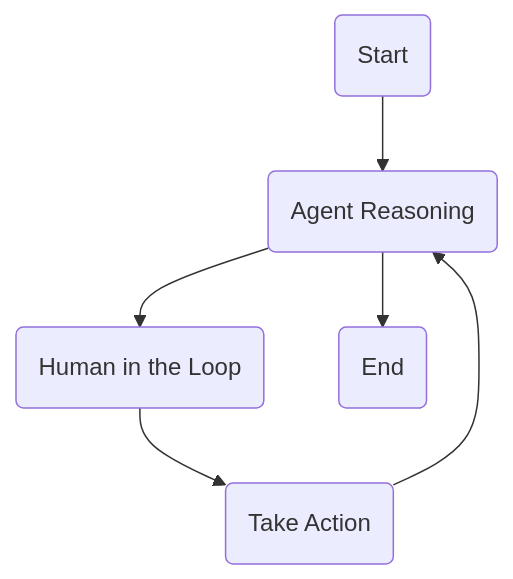
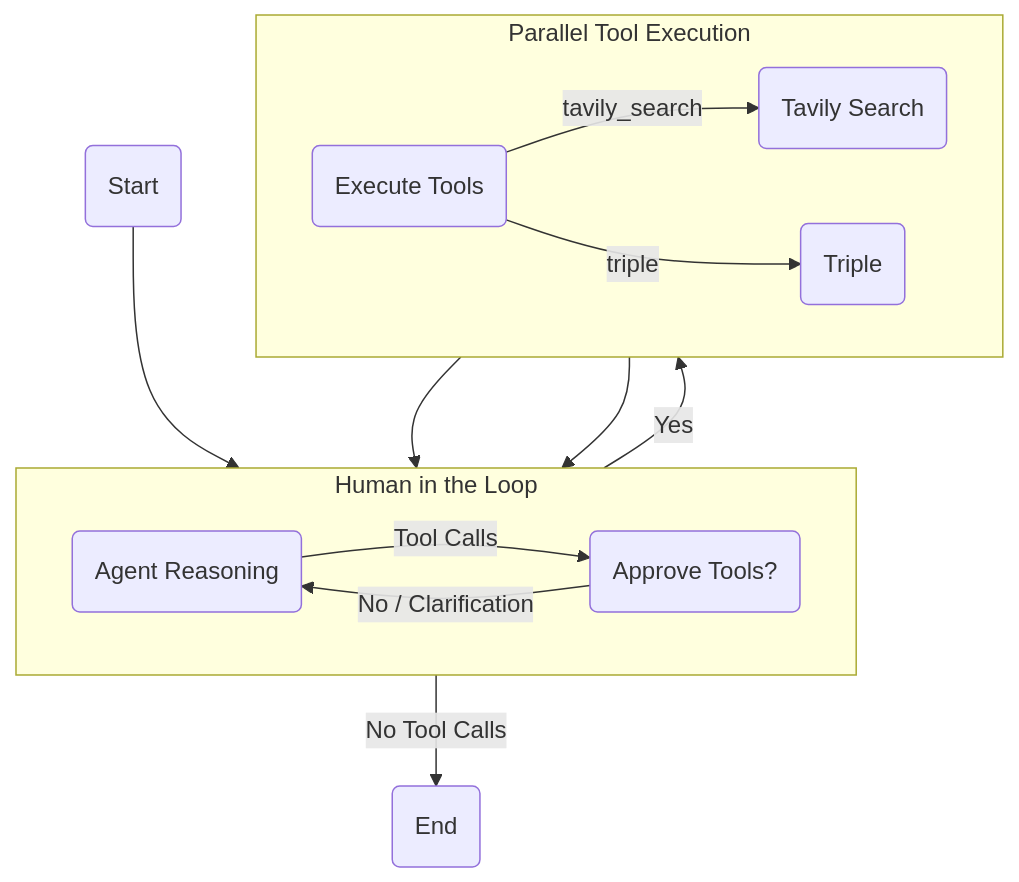
One commit to rosiefaulkner/agent-executor changed the diagram in README.md. Above: the diagram before and after it, drawn with Mermaid. The commit also changed other lines of this file, not shown here.

Commit message:
enhance project features and clarify the human-in-the-loop mechanism. Added details on parallel tool execution, persistent memory, and improved flowchart representation.

````diff
--- a/README.md
+++ b/README.md
@@ -5,8 +5,18 @@
 ```mermaid
 graph TD
     __start__("Start") --> agent_reason("Agent Reasoning")
-    agent_reason --> human_in_the_loop("Human in the Loop")
-    human_in_the_loop --> act("Take Action")
-    act --> agent_reason
-    agent_reason --> __end__("End")
+    subgraph "Human in the Loop"
+        direction LR
+        agent_reason -- "Tool Calls" --> human_in_the_loop("Approve Tools?")
+    end
+    human_in_the_loop -- "Yes" --> tools_parallel("Execute Tools")
+    subgraph "Parallel Tool Execution"
+        direction LR
+        tools_parallel -- "tavily_search" --> tavily_node("Tavily Search")
+        tools_parallel -- "triple" --> triple_node("Triple")
+    end
+    tavily_node --> agent_reason
+    triple_node --> agent_reason
+    agent_reason -- "No Tool Calls" --> __end__("End")
+    human_in_the_loop -- "No / Clarification" --> agent_reason
 ```
````
